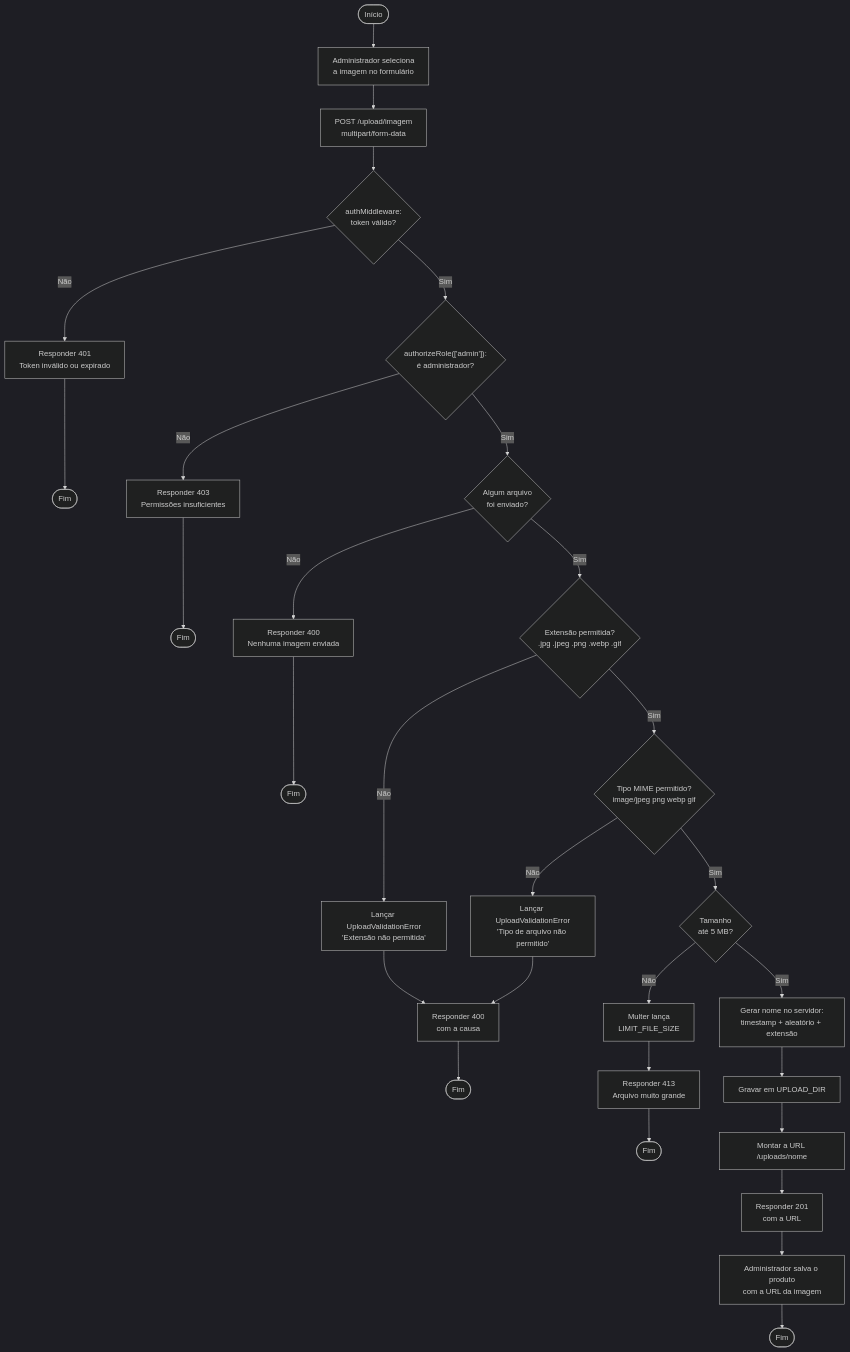
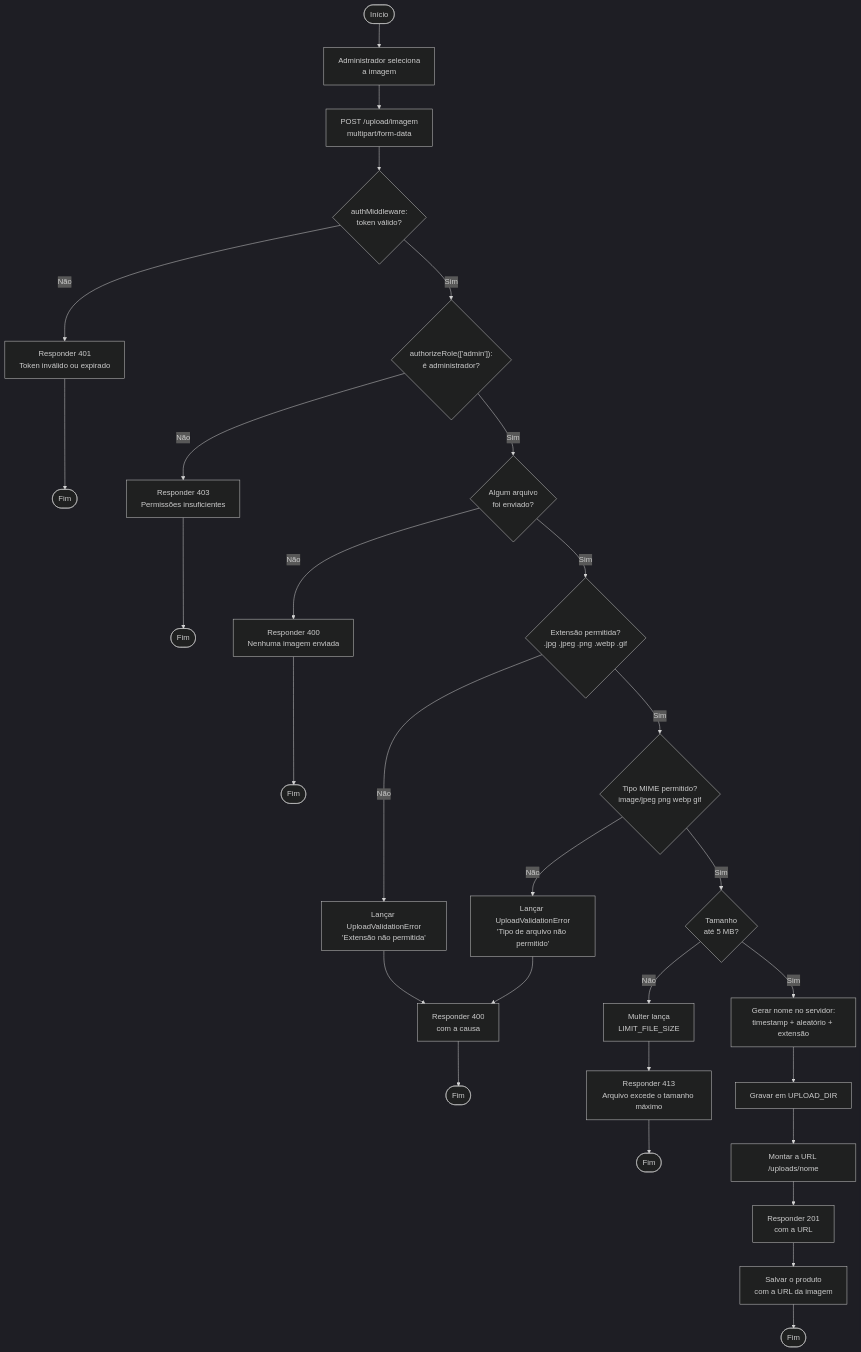
One commit to JoaoVitorMcz/pcforge-mobile changed the third of 3 diagrams in docs/diagramas-atividade.md. Above: the diagram before and after it, drawn with Mermaid (dark theme). The commit also changed other lines of this file and 8 other files, not shown here.

````diff
--- a/docs/diagramas-atividade.md
+++ b/docs/diagramas-atividade.md
@@ -74,38 +132,38 @@
 ```mermaid
 flowchart TD
-    inicio([Início]) --> selecionar[Administrador seleciona<br/>a imagem no formulário]
+    inicio([Início]) --> selecionar[Administrador seleciona<br/>a imagem]
     selecionar --> enviar["POST /upload/imagem<br/>multipart/form-data"]
 
     enviar --> auth{authMiddleware:<br/>token válido?}
     auth -->|Não| r401[Responder 401<br/>Token inválido ou expirado]
     r401 --> fim401([Fim])
 
     auth -->|Sim| role{"authorizeRole(['admin']):<br/>é administrador?"}
     role -->|Não| r403[Responder 403<br/>Permissões insuficientes]
     r403 --> fim403([Fim])
 
     role -->|Sim| recebeu{Algum arquivo<br/>foi enviado?}
     recebeu -->|Não| r400vazio[Responder 400<br/>Nenhuma imagem enviada]
     r400vazio --> fim400v([Fim])
 
     recebeu -->|Sim| ext{"Extensão permitida?<br/>.jpg .jpeg .png .webp .gif"}
     ext -->|Não| erroExt[Lançar UploadValidationError<br/>'Extensão não permitida']
     erroExt --> r400[Responder 400<br/>com a causa]
     r400 --> fim400([Fim])
 
     ext -->|Sim| mime{"Tipo MIME permitido?<br/>image/jpeg png webp gif"}
     mime -->|Não| erroMime[Lançar UploadValidationError<br/>'Tipo de arquivo não permitido']
     erroMime --> r400
 
     mime -->|Sim| tamanho{Tamanho<br/>até 5 MB?}
     tamanho -->|Não| erroTamanho[Multer lança<br/>LIMIT_FILE_SIZE]
-    erroTamanho --> r413[Responder 413<br/>Arquivo muito grande]
+    erroTamanho --> r413[Responder 413<br/>Arquivo excede o tamanho máximo]
     r413 --> fim413([Fim])
 
     tamanho -->|Sim| nome["Gerar nome no servidor:<br/>timestamp + aleatório + extensão"]
     nome --> gravar[Gravar em UPLOAD_DIR]
     gravar --> url["Montar a URL /uploads/nome"]
     url --> r201[Responder 201<br/>com a URL]
-    r201 --> associar[Administrador salva o produto<br/>com a URL da imagem]
+    r201 --> associar[Salvar o produto<br/>com a URL da imagem]
     associar --> fim([Fim])
 ```
````
